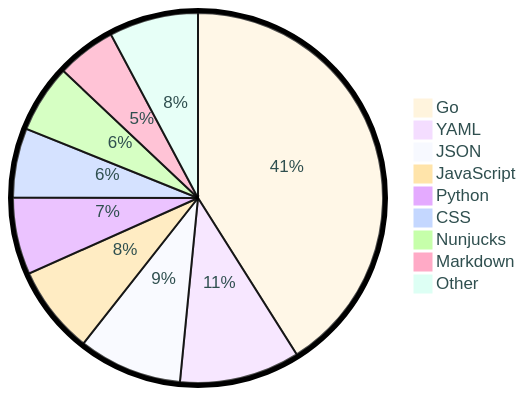
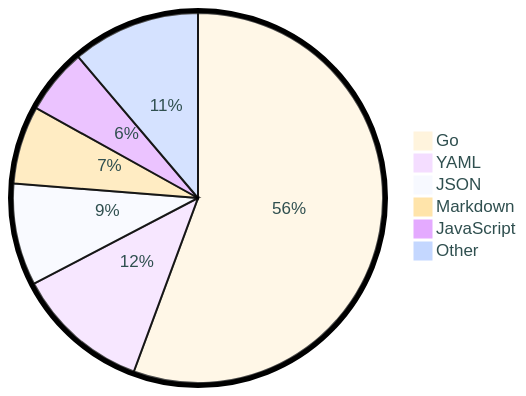
The diagram in README.md (tot0p/tot0p), drawn with Mermaid before and after one commit. The commit also changed other lines of this file, not shown here.

````diff
--- a/README.md
+++ b/README.md
@@ -137,13 +136,10 @@
 ```mermaid
 %%{init: {"pie": {"textPosition": 0.5}, "themeVariables": {"pieOuterStrokeWidth": "5px","primaryTextColor" : "#2F4F4F"},"theme":"base"} }%%
 pie
-	"Go": 41.05
-	"YAML": 10.52
-	"JSON": 9.06
-	"JavaScript": 7.69
-	"Python": 6.74
-	"CSS": 6.05
-	"Nunjucks": 5.95
-	"Markdown": 5.17
-	"Other": 7.789999999999999
+	"Go": 55.63
+	"YAML": 11.7
+	"JSON": 8.92
+	"Markdown": 6.82
+	"JavaScript": 5.72
+	"Other": 11.2
 ```
````
